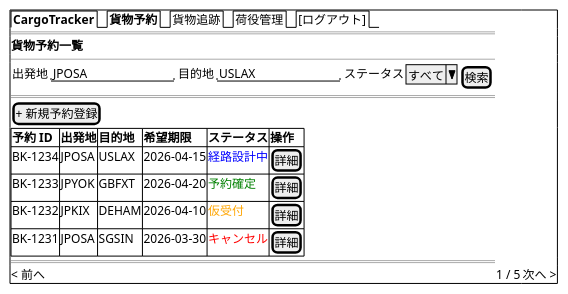
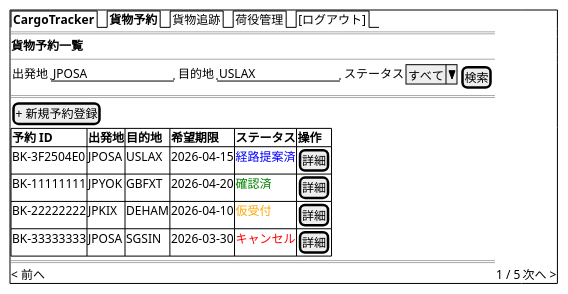
One commit to k2works/case-study-cargo-tracker changed the eighth of 21 diagrams in docs/design/ui_design.md. Above: the diagram before and after it, drawn with PlantUML. The commit also changed other lines of this file and 8 other files, not shown here.

````diff
--- a/docs/design/ui_design.md
+++ b/docs/design/ui_design.md
@@ -562,24 +562,24 @@
 ```plantuml
 @startsalt
 {+
   {/ <b>CargoTracker</b> | <b>貨物予約</b> | 貨物追跡 | 荷役管理 | [ログアウト] }
   ==
   <b>貨物予約一覧</b>
   --
   {
     出発地 | "JPOSA          " | 目的地 | "USLAX          " | ステータス | ^すべて^ | [検索]
   }
   ==
   [+ 新規予約登録]
   {#
     **予約 ID** | **出発地** | **目的地** | **希望期限** | **ステータス** | **操作**
-    BK-1234     | JPOSA      | USLAX      | 2026-04-15    | <color:blue>経路設計中</color> | [詳細]
-    BK-1233     | JPYOK      | GBFXT      | 2026-04-20    | <color:green>予約確定</color> | [詳細]
-    BK-1232     | JPKIX      | DEHAM      | 2026-04-10    | <color:orange>仮受付</color> | [詳細]
-    BK-1231     | JPOSA      | SGSIN      | 2026-03-30    | <color:red>キャンセル</color> | [詳細]
+    BK-3F2504E0  | JPOSA      | USLAX      | 2026-04-15    | <color:blue>経路提案済</color> | [詳細]
+    BK-11111111  | JPYOK      | GBFXT      | 2026-04-20    | <color:green>確認済</color> | [詳細]
+    BK-22222222  | JPKIX      | DEHAM      | 2026-04-10    | <color:orange>仮受付</color> | [詳細]
+    BK-33333333  | JPOSA      | SGSIN      | 2026-03-30    | <color:red>キャンセル</color> | [詳細]
   }
   ==
   < 前へ | 1 / 5 | 次へ >
 }
 @endsalt
 ```
````
